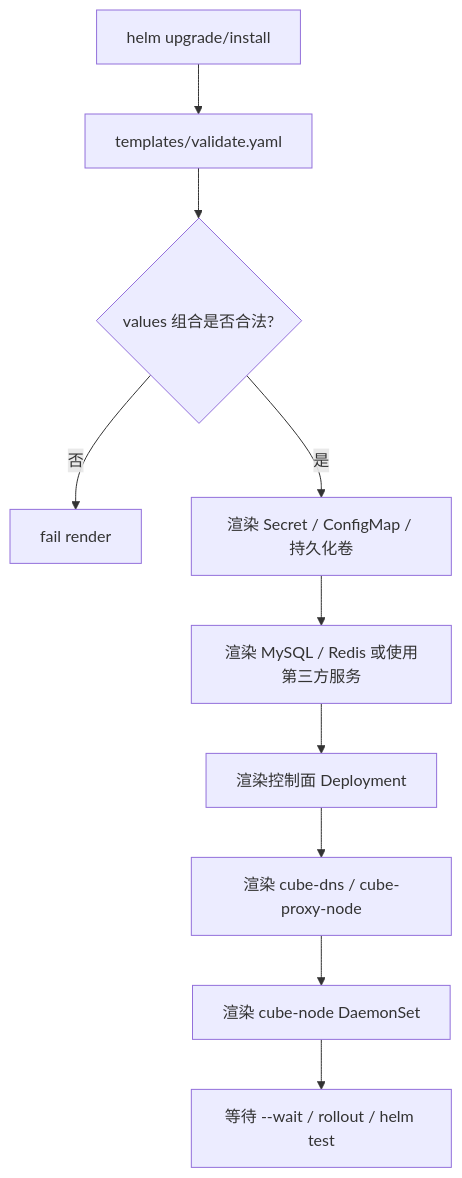
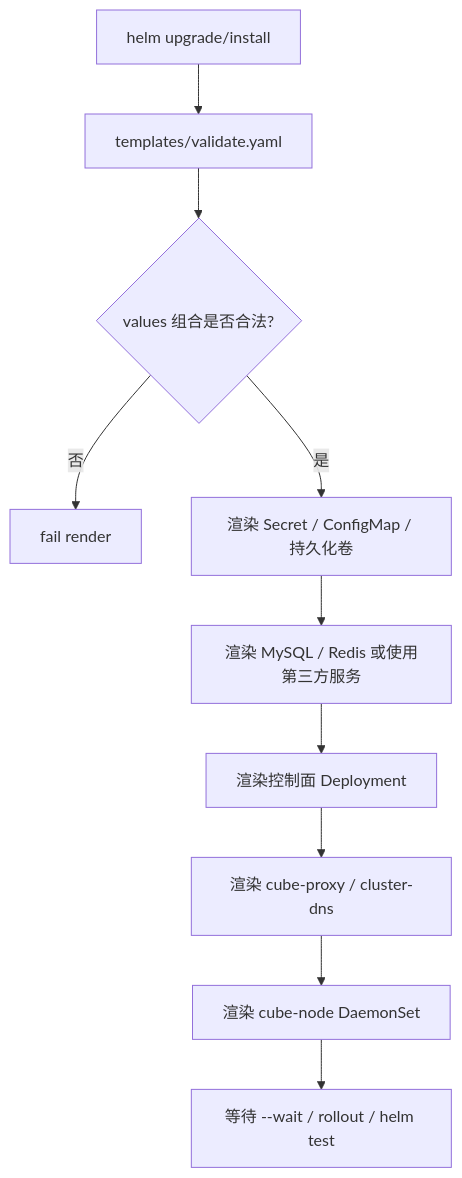
The third of 11 diagrams in deploy/kubernetes/chart/docs/ARCHITECTURE.md (TencentCloud/CubeSandbox), drawn with Mermaid before and after one commit. The commit also changed other lines of this file and 12 other files, not shown here.

First line of the commit message:
refactor(kubernetes): replace node-local cube-dns with cluster CoreDNS integration

````diff
--- a/deploy/kubernetes/chart/docs/ARCHITECTURE.md
+++ b/deploy/kubernetes/chart/docs/ARCHITECTURE.md
@@ -183,12 +170,12 @@
 ```mermaid
 flowchart TD
   A["helm upgrade/install"] --> B["templates/validate.yaml"]
   B --> C{"values 组合是否合法?"}
   C -- 否 --> X["fail render"]
   C -- 是 --> D["渲染 Secret / ConfigMap / 持久化卷"]
   D --> E["渲染 MySQL / Redis 或使用第三方服务"]
   E --> F["渲染控制面 Deployment"]
-  F --> G["渲染 cube-dns / cube-proxy-node"]
+  F --> G["渲染 cube-proxy / cluster-dns"]
   G --> H["渲染 cube-node DaemonSet"]
   H --> I["等待 --wait / rollout / helm test"]
 ```
````
